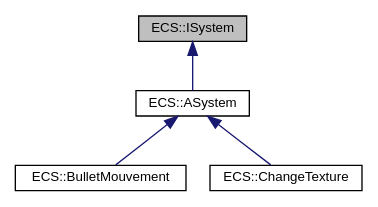
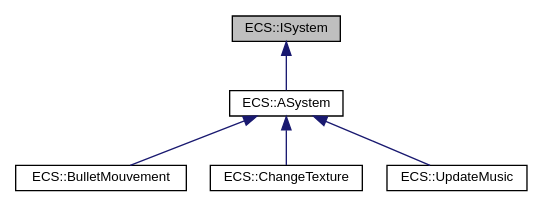
Before and after one commit to TerryMazzoni/RTypeMirror: the diagram in classECS_1_1ISystem__inherit__graph.dot, drawn with Graphviz. The commit also changed 100 other files, not shown here.

```diff
--- a/classECS_1_1ISystem__inherit__graph.dot
+++ b/classECS_1_1ISystem__inherit__graph.dot
@@ -1,13 +1,15 @@
 digraph "ECS::ISystem"
 {
  // LATEX_PDF_SIZE
   edge [fontname="Helvetica",fontsize="10",labelfontname="Helvetica",labelfontsize="10"];
   node [fontname="Helvetica",fontsize="10",shape=record];
   Node1 [label="ECS::ISystem",height=0.2,width=0.4,color="black", fillcolor="grey75", style="filled", fontcolor="black",tooltip=" "];
   Node1 -> Node2 [dir="back",color="midnightblue",fontsize="10",style="solid",fontname="Helvetica"];
   Node2 [label="ECS::ASystem",height=0.2,width=0.4,color="black", fillcolor="white", style="filled",URL="$classECS_1_1ASystem.html",tooltip=" "];
   Node2 -> Node3 [dir="back",color="midnightblue",fontsize="10",style="solid",fontname="Helvetica"];
   Node3 [label="ECS::BulletMouvement",height=0.2,width=0.4,color="black", fillcolor="white", style="filled",URL="$classECS_1_1BulletMouvement.html",tooltip=" "];
   Node2 -> Node4 [dir="back",color="midnightblue",fontsize="10",style="solid",fontname="Helvetica"];
   Node4 [label="ECS::ChangeTexture",height=0.2,width=0.4,color="black", fillcolor="white", style="filled",URL="$classECS_1_1ChangeTexture.html",tooltip=" "];
+  Node2 -> Node5 [dir="back",color="midnightblue",fontsize="10",style="solid",fontname="Helvetica"];
+  Node5 [label="ECS::UpdateMusic",height=0.2,width=0.4,color="black", fillcolor="white", style="filled",URL="$classECS_1_1UpdateMusic.html",tooltip=" "];
 }
```
